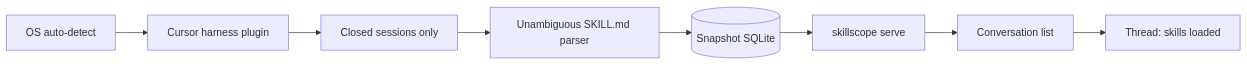
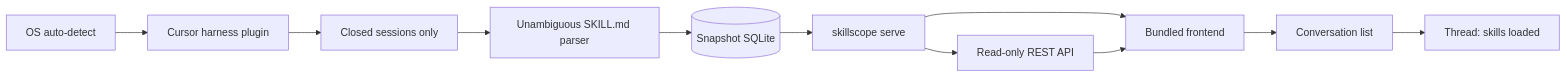
The diagram in docs/01-vision.md (ganan-s/skillscope), drawn with Mermaid before and after one commit. The commit also changed other lines of this file and 1 other file, not shown here.

````diff
--- a/docs/01-vision.md
+++ b/docs/01-vision.md
@@ -104,18 +110,23 @@
 ```mermaid
 flowchart LR
   osDetect[OS auto-detect]
   plugin[Cursor harness plugin]
   closed[Closed sessions only]
   parse[Unambiguous SKILL.md parser]
   db[(Snapshot SQLite)]
   serve[skillscope serve]
+  api[Read-only REST API]
+  web[Bundled frontend]
   list[Conversation list]
   detail[Thread: skills loaded]
   osDetect --> plugin
   plugin --> closed
   closed --> parse
   parse --> db
   db --> serve
-  serve --> list
+  serve --> api
+  serve --> web
+  api --> web
+  web --> list
   list --> detail
 ```
````
